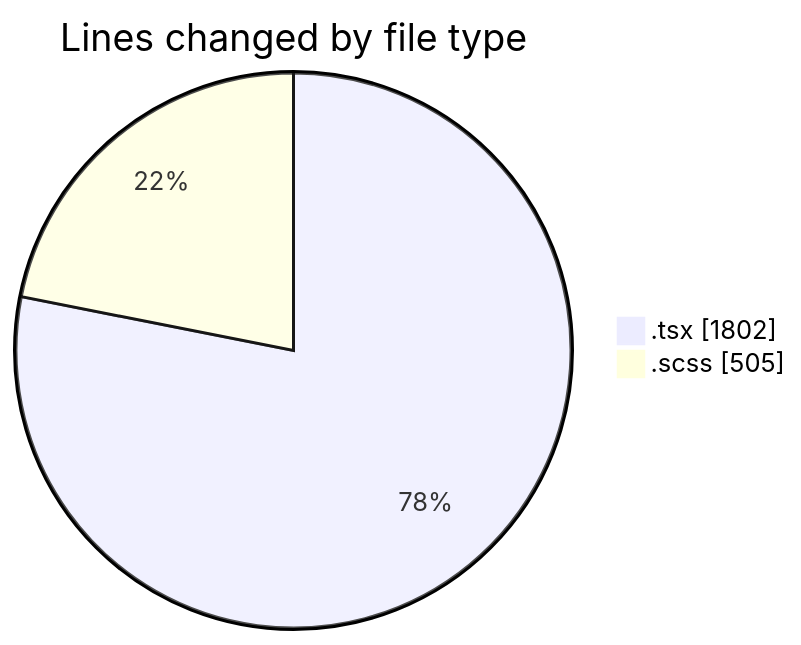
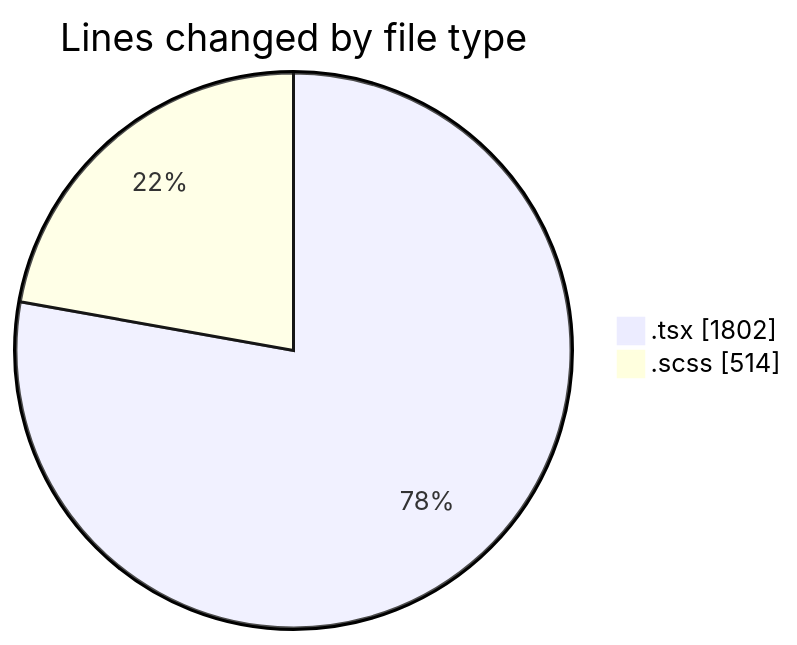
Before and after one commit to momahboobian/code-tracking: the first of 2 diagrams in 2025-10-03/cda/README.md, drawn with Mermaid. The commit also changed other lines of this file and 1 other file, not shown here.

````diff
--- a/2025-10-03/cda/README.md
+++ b/2025-10-03/cda/README.md
@@ -24,6 +24,6 @@
 ```mermaid
 pie showData
 title Lines changed by file type
 ".tsx" : 1802
-".scss" : 505
+".scss" : 514
 ```
````
